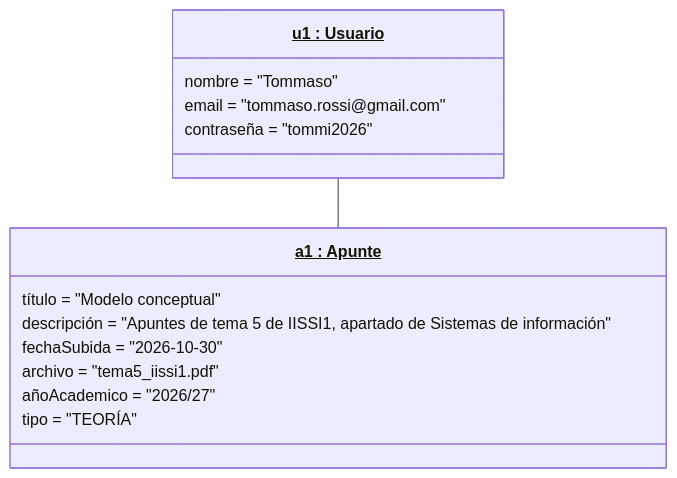
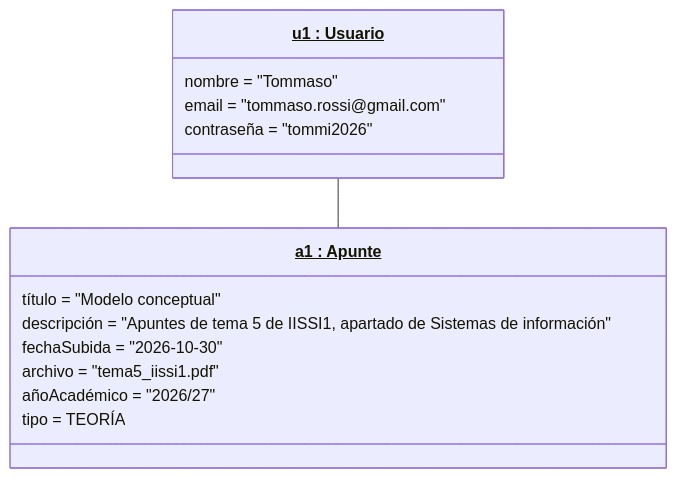
Before and after one commit to JaavierBC/proyecto-curso-iissi1-2026-GWQ0807: the first of 2 diagrams in README.md, drawn with Mermaid. The commit also changed other lines of this file, not shown here.

````diff
--- a/README.md
+++ b/README.md
@@ -349,17 +349,17 @@
 ```mermaid
 classDiagram
     class u1["<u>u1 : Usuario</u>"]{
         nombre = "Tommaso"
         email = "tommaso.rossi@gmail.com"
         contraseña = "tommi2026"
     }
     class a1["<u>a1 : Apunte</u>"]{
         título = "Modelo conceptual"
         descripción = "Apuntes de tema 5 de IISSI1, apartado de Sistemas de información"
         fechaSubida = "2026-10-30"
         archivo = "tema5_iissi1.pdf"
-        añoAcademico = "2026/27"
-        tipo = "TEORÍA" 
+        añoAcadémico = "2026/27"
+        tipo = TEORÍA 
     }
     u1 -- a1
 ```
````
